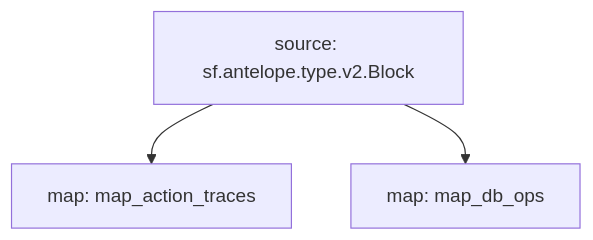
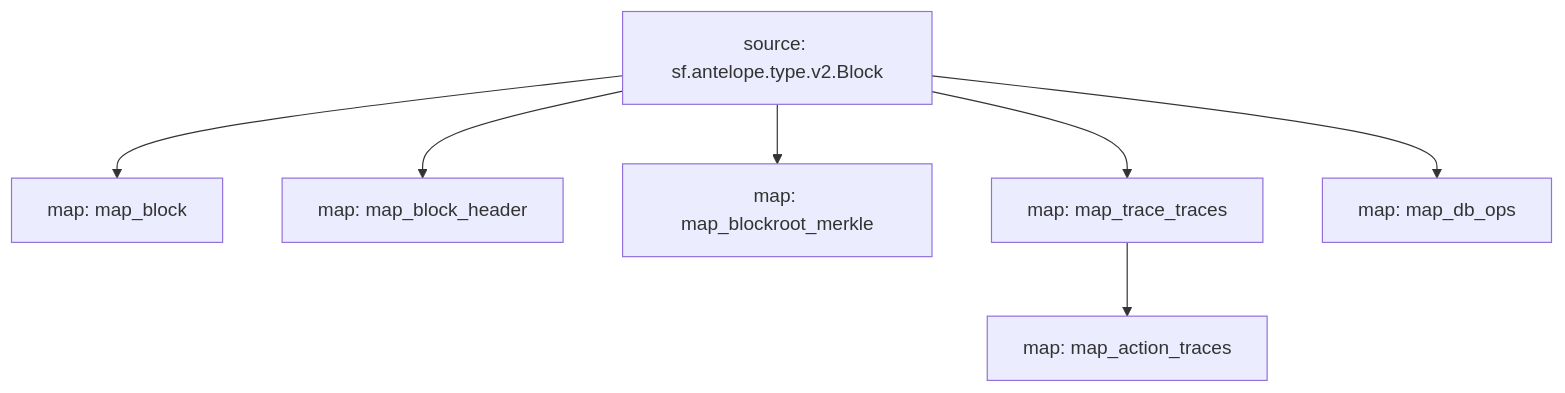
The diagram in substreams/common/README.md (pinax-network/substreams), drawn with Mermaid before and after one commit. The commit also changed other lines of this file and 2 other files, not shown here.

````diff
--- a/substreams/common/README.md
+++ b/substreams/common/README.md
@@ -7,7 +7,15 @@
 ```mermaid
 graph TD;
+  map_block[map: map_block]
+  sf.antelope.type.v2.Block[source: sf.antelope.type.v2.Block] --> map_block
+  map_block_header[map: map_block_header]
+  sf.antelope.type.v2.Block[source: sf.antelope.type.v2.Block] --> map_block_header
+  map_blockroot_merkle[map: map_blockroot_merkle]
+  sf.antelope.type.v2.Block[source: sf.antelope.type.v2.Block] --> map_blockroot_merkle
+  map_trace_traces[map: map_trace_traces]
+  sf.antelope.type.v2.Block[source: sf.antelope.type.v2.Block] --> map_trace_traces
   map_action_traces[map: map_action_traces]
-  sf.antelope.type.v2.Block[source: sf.antelope.type.v2.Block] --> map_action_traces
+  map_trace_traces --> map_action_traces
   map_db_ops[map: map_db_ops]
   sf.antelope.type.v2.Block[source: sf.antelope.type.v2.Block] --> map_db_ops
 ```
````
